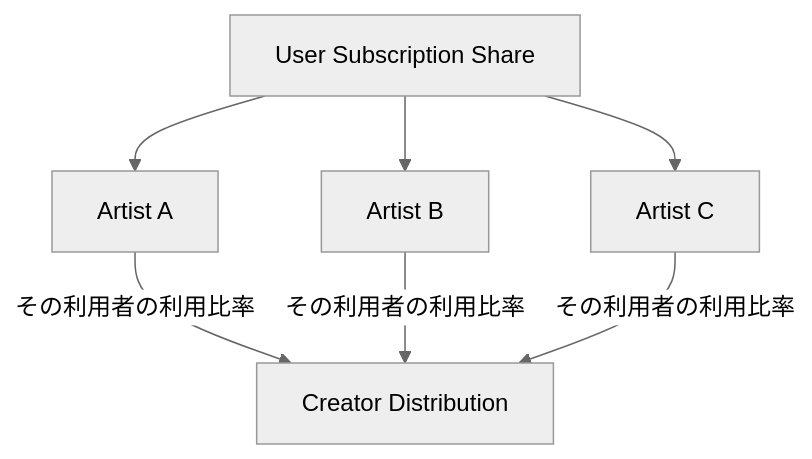
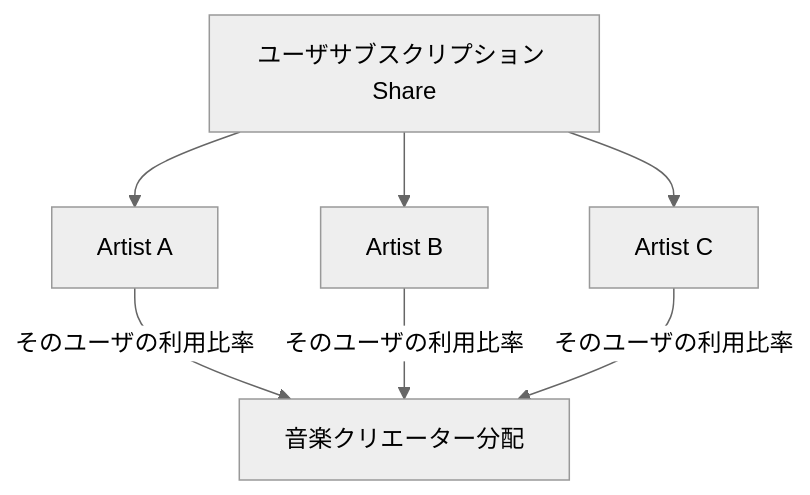
The fifth of 27 diagrams in docs/whitepaper/06-economics-mathjax.md (ShigeichiroYamasaki/creator-first-platform), drawn with Mermaid (neutral theme) before and after one commit. The commit also changed other lines of this file and 67 other files, not shown here.

````diff
--- a/docs/whitepaper/06-economics-mathjax.md
+++ b/docs/whitepaper/06-economics-mathjax.md
@@ -312,11 +312,11 @@
 ```mermaid
 flowchart TD
-    USER[User Subscription Share]
+    USER[ユーザサブスクリプション Share]
     USER --> A[Artist A]
     USER --> B[Artist B]
     USER --> C[Artist C]
 
-    A -->|その利用者の利用比率| DIST[Creator Distribution]
-    B -->|その利用者の利用比率| DIST
-    C -->|その利用者の利用比率| DIST
+    A -->|そのユーザの利用比率| DIST[音楽クリエーター分配]
+    B -->|そのユーザの利用比率| DIST
+    C -->|そのユーザの利用比率| DIST
 ```
````
